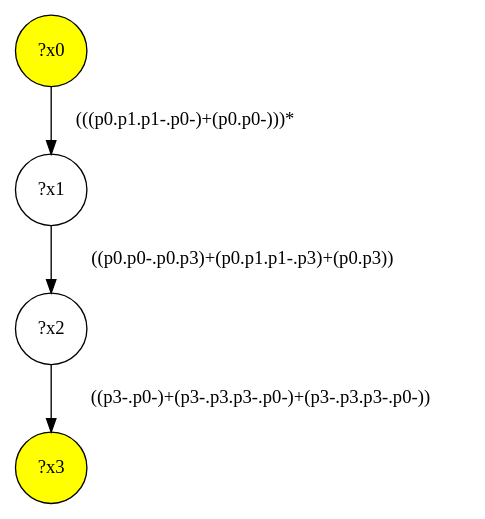
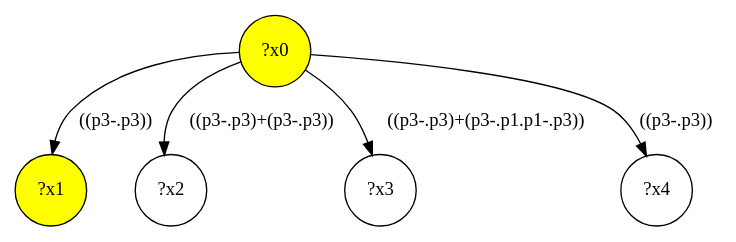
One commit to gbagan/gmark changed the diagram in src/queryinterface/interface-queries/query-34.dot. Above: the diagram before and after it, drawn with Graphviz. The commit also changed 153 other files, not shown here.

```diff
--- a/src/queryinterface/interface-queries/query-34.dot
+++ b/src/queryinterface/interface-queries/query-34.dot
@@ -1,9 +1,11 @@
 digraph g {
 	x0 [fillcolor="yellow", style="filled," shape=circle, label="?x0"];
-	x3 [fillcolor="yellow", style="filled," shape=circle, label="?x3"];
-	x1 [shape=circle, label="?x1"];
-	x0 -> x1 [label="(((p0.p1.p1-.p0-)+(p0.p0-)))*"];
+	x1 [fillcolor="yellow", style="filled," shape=circle, label="?x1"];
+	x0 -> x1 [label="((p3-.p3))"];
 	x2 [shape=circle, label="?x2"];
-	x1 -> x2 [label="((p0.p0-.p0.p3)+(p0.p1.p1-.p3)+(p0.p3))"];
-	x2 -> x3 [label="((p3-.p0-)+(p3-.p3.p3-.p0-)+(p3-.p3.p3-.p0-))"];
+	x0 -> x2 [label="((p3-.p3)+(p3-.p3))"];
+	x3 [shape=circle, label="?x3"];
+	x0 -> x3 [label="((p3-.p3)+(p3-.p1.p1-.p3))"];
+	x4 [shape=circle, label="?x4"];
+	x0 -> x4 [label="((p3-.p3))"];
 }
```
